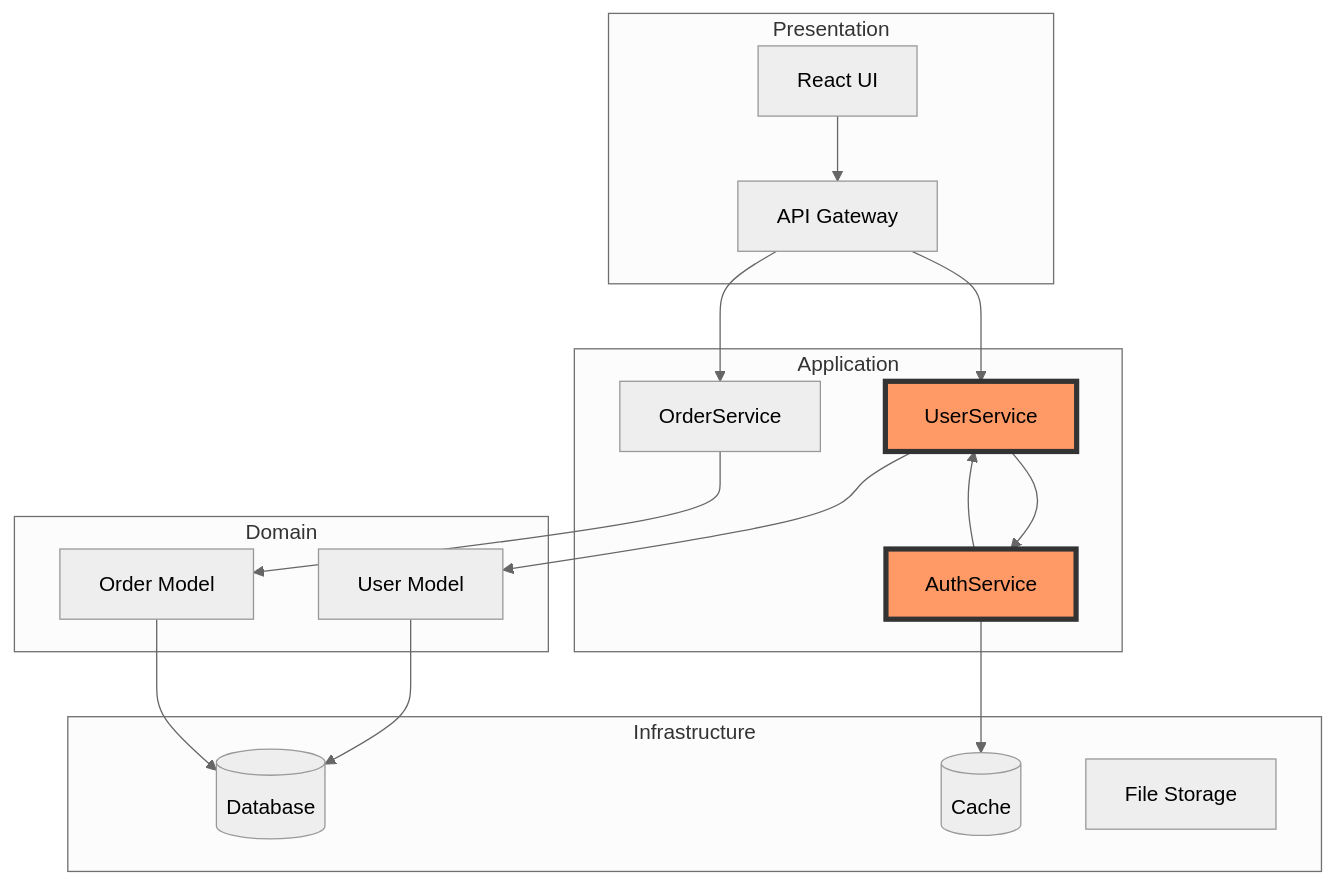
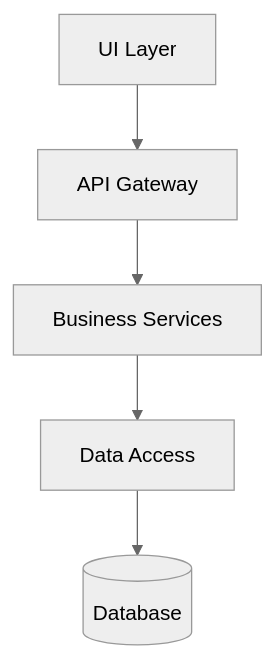
Before and after one commit to BumpyClock/dotfiles: the first of 2 diagrams in .claude/agents/sub-agent-architecture-review.md, drawn with Mermaid (neutral theme). The commit also changed other lines of this file and 10 other files, not shown here.

````diff
--- a/.claude/agents/sub-agent-architecture-review.md
+++ b/.claude/agents/sub-agent-architecture-review.md
@@ -273,38 +144,13 @@
 ```mermaid
-graph TB
-    subgraph Presentation
-        UI[React UI]
-        API[API Gateway]
-    end
-
-    subgraph Application
-        US[UserService]
-        OS[OrderService]
-        AS[AuthService]
-    end
-
-    subgraph Domain
-        UM[User Model]
-        OM[Order Model]
-    end
-
-    subgraph Infrastructure
-        DB[(Database)]
-        Redis[(Cache)]
-        S3[File Storage]
-    end
-
+graph TD
+    UI[UI Layer]
+    API[API Gateway]
+    BS[Business Services]
+    DA[Data Access]
+    DB[(Database)]
+    
     UI --> API
-    API --> US
-    API --> OS
-    US --> AS
-    AS --> US
-    US --> UM
-    OS --> OM
-    UM --> DB
-    OM --> DB
-    AS --> Redis
-
-    style AS fill:#f96,stroke:#333,stroke-width:4px
-    style US fill:#f96,stroke:#333,stroke-width:4px
+    API --> BS
+    BS --> DA
+    DA --> DB
 ```
````
